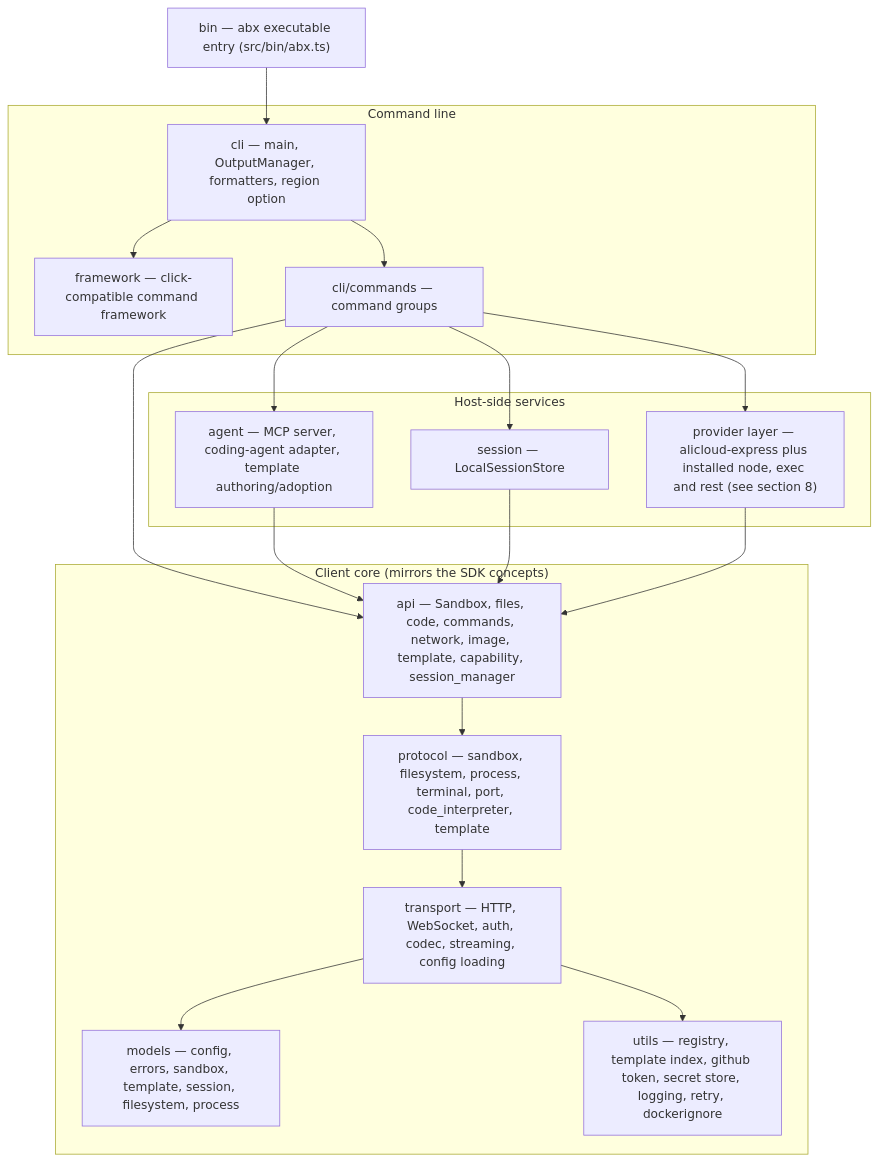
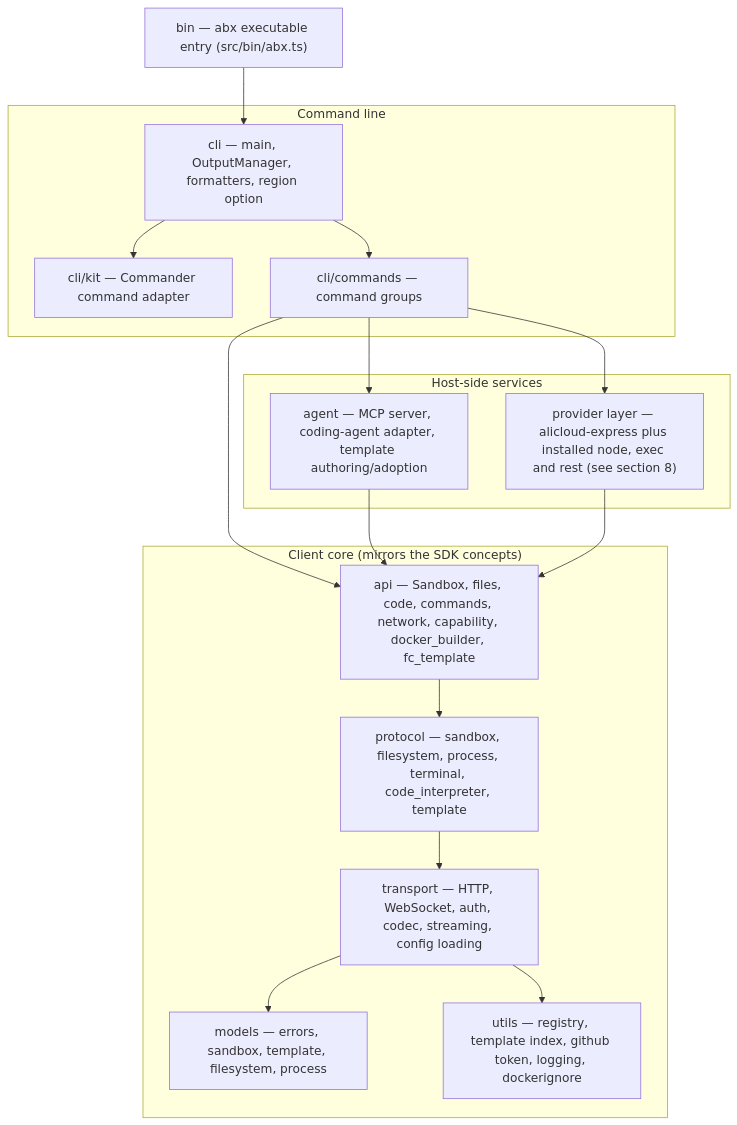
One commit to Alibaba-Agent-Sandbox/agent-sandbox changed the diagram in docs/en/design/architecture.md. Above: the diagram before and after it, drawn with Mermaid. The commit also changed other lines of this file and 44 other files, not shown here.

````diff
--- a/docs/en/design/architecture.md
+++ b/docs/en/design/architecture.md
@@ -19,35 +18,32 @@
 ```mermaid
 graph TB
     BIN["bin — abx executable entry (src/bin/abx.ts)"]
     subgraph Front["Command line"]
-        FW["framework — click-compatible command framework"]
+        FW["cli/kit — Commander command adapter"]
         CLI["cli — main, OutputManager, formatters, region option"]
         CMD["cli/commands — command groups"]
     end
     subgraph Services["Host-side services"]
         AG["agent — MCP server, coding-agent adapter, template authoring/adoption"]
         PRV["provider layer — alicloud-express plus installed node, exec and rest (see section 8)"]
-        SES["session — LocalSessionStore"]
     end
     subgraph Core["Client core (mirrors the SDK concepts)"]
-        API["api — Sandbox, files, code, commands, network, image, template, capability, session_manager"]
-        PRO["protocol — sandbox, filesystem, process, terminal, port, code_interpreter, template"]
+        API["api — Sandbox, files, code, commands, network, capability, docker_builder, fc_template"]
+        PRO["protocol — sandbox, filesystem, process, terminal, code_interpreter, template"]
         TRA["transport — HTTP, WebSocket, auth, codec, streaming, config loading"]
-        MOD["models — config, errors, sandbox, template, session, filesystem, process"]
-        UTL["utils — registry, template index, github token, secret store, logging, retry, dockerignore"]
+        MOD["models — errors, sandbox, template, filesystem, process"]
+        UTL["utils — registry, template index, github token, logging, dockerignore"]
     end
 
     BIN --> CLI
     CLI --> FW
     CLI --> CMD
     CMD --> AG
-    CMD --> SES
     CMD --> API
     CMD --> PRV
     AG --> API
-    SES --> API
     PRV --> API
     API --> PRO --> TRA
     TRA --> MOD
     TRA --> UTL
 ```
````
